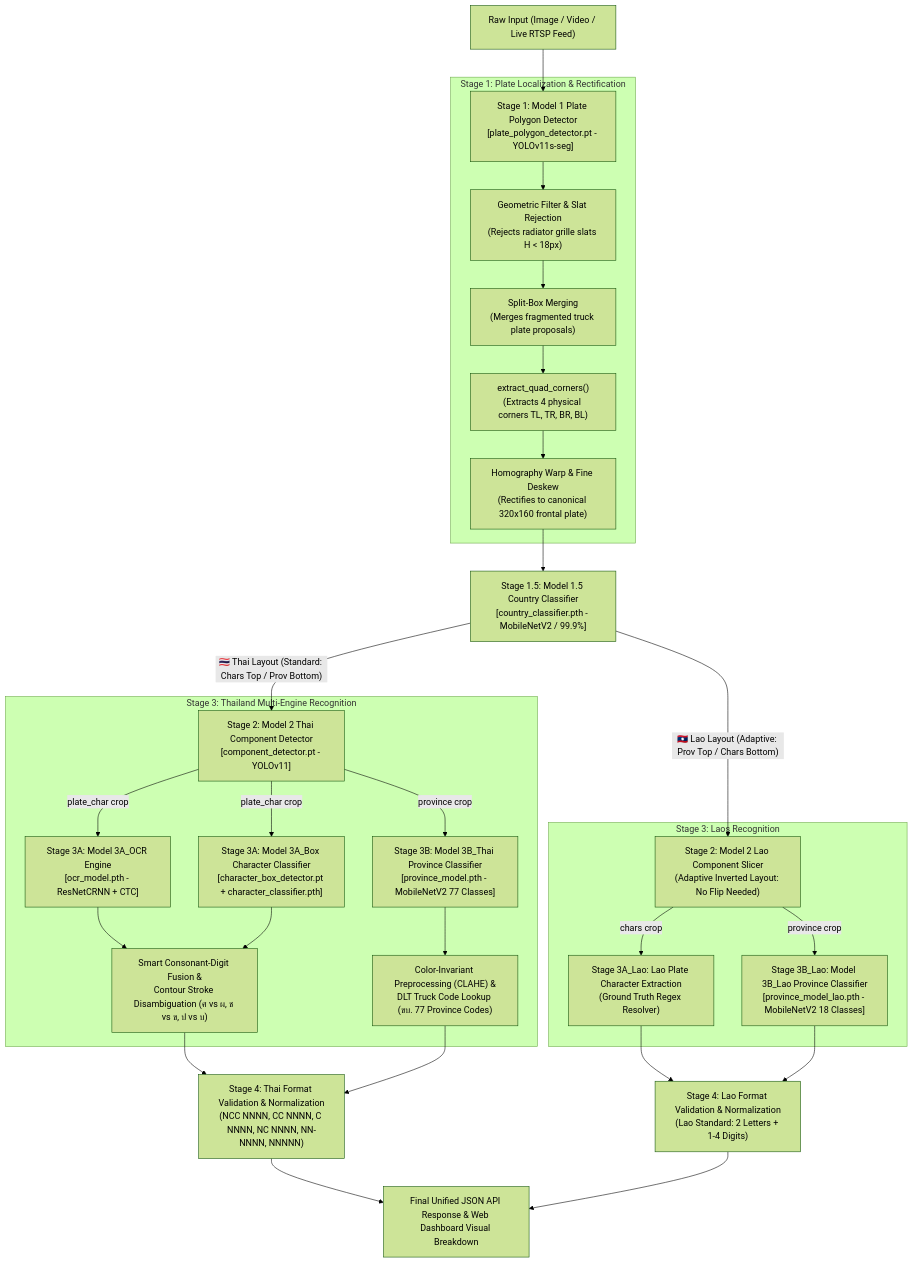
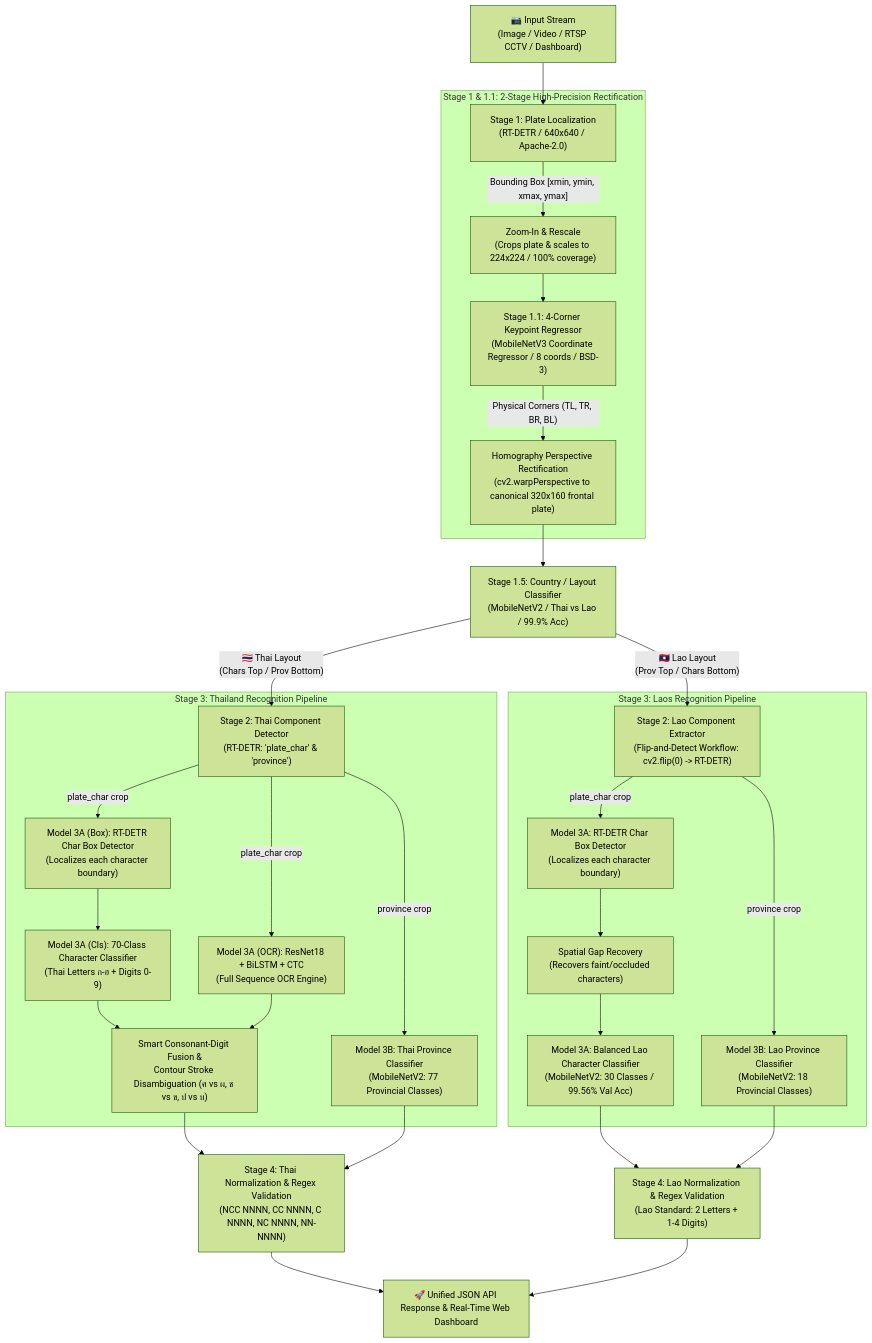
The first of 3 diagrams in README.md (kwankhaosiva-repo/Thai-License-Plate-Recognition-API-old), drawn with Mermaid (forest theme) before and after one commit. The commit also changed other lines of this file, not shown here.

Commit message:
docs: update README with RT-DETR pipeline architecture, keypoint regressor insights, and model catalog

````diff
--- a/README.md
+++ b/README.md
@@ -11,34 +17,35 @@
 ```mermaid
 flowchart TD
-    A["Raw Input (Image / Video / Live RTSP Feed)"] --> B["Stage 1: Model 1 Plate Polygon Detector\n[plate_polygon_detector.pt - YOLOv11s-seg]"]
+    A["📷 Input Stream\n(Image / Video / RTSP CCTV / Dashboard)"] --> S1["Stage 1: Plate Localization\n(RT-DETR / 640x640 / Apache-2.0)"]
     
-    subgraph S1["Stage 1: Plate Localization & Rectification"]
-        B --> S1A["Geometric Filter & Slat Rejection\n(Rejects radiator grille slats H < 18px)"]
-        S1A --> S1B["Split-Box Merging\n(Merges fragmented truck plate proposals)"]
-        S1B --> S1C["extract_quad_corners()\n(Extracts 4 physical corners TL, TR, BR, BL)"]
-        S1C --> S1D["Homography Warp & Fine Deskew\n(Rectifies to canonical 320x160 frontal plate)"]
+    subgraph STAGE1["Stage 1 & 1.1: 2-Stage High-Precision Rectification"]
+        S1 -->|"Bounding Box [xmin, ymin, xmax, ymax]"| S1_CROP["Zoom-In & Rescale\n(Crops plate & scales to 224x224 / 100% coverage)"]
+        S1_CROP --> S1_KEY["Stage 1.1: 4-Corner Keypoint Regressor\n(MobileNetV3 Coordinate Regressor / 8 coords / BSD-3)"]
+        S1_KEY -->|"Physical Corners (TL, TR, BR, BL)"| S1_WARP["Homography Perspective Rectification\n(cv2.warpPerspective to canonical 320x160 frontal plate)"]
     end
 
-    S1D --> C["Stage 1.5: Model 1.5 Country Classifier\n[country_classifier.pth - MobileNetV2 / 99.9%]"]
-    
-    C -->|"🇹🇭 Thai Layout (Standard: Chars Top / Prov Bottom)"| D1["Stage 2: Model 2 Thai Component Detector\n[component_detector.pt - YOLOv11]"]
-    C -->|"🇱🇦 Lao Layout (Adaptive: Prov Top / Chars Bottom)"| D2["Stage 2: Model 2 Lao Component Slicer\n(Adaptive Inverted Layout: No Flip Needed)"]
+    S1_WARP --> S15["Stage 1.5: Country / Layout Classifier\n(MobileNetV2 / Thai vs Lao / 99.9% Acc)"]
 
-    subgraph S3_TH["Stage 3: Thailand Multi-Engine Recognition"]
-        D1 -->|"plate_char crop"| E1["Stage 3A: Model 3A_OCR Engine\n[ocr_model.pth - ResNetCRNN + CTC]"]
-        D1 -->|"plate_char crop"| E2["Stage 3A: Model 3A_Box Character Classifier\n[character_box_detector.pt + character_classifier.pth]"]
-        E1 & E2 --> E3["Smart Consonant-Digit Fusion &\nContour Stroke Disambiguation (ศ vs ผ, ช vs ข, ป vs บ)"]
-        D1 -->|"province crop"| E4["Stage 3B: Model 3B_Thai Province Classifier\n[province_model.pth - MobileNetV2 77 Classes]"]
-        E4 --> E5["Color-Invariant Preprocessing (CLAHE) &\nDLT Truck Code Lookup (ขบ. 77 Province Codes)"]
+    S15 -->|"🇹🇭 Thai Layout\n(Chars Top / Prov Bottom)"| S2_TH["Stage 2: Thai Component Detector\n(RT-DETR: 'plate_char' & 'province')"]
+    S15 -->|"🇱🇦 Lao Layout\n(Prov Top / Chars Bottom)"| S2_LA["Stage 2: Lao Component Extractor\n(Flip-and-Detect Workflow: cv2.flip(0) -> RT-DETR)"]
+
+    subgraph STAGE3_TH["Stage 3: Thailand Recognition Pipeline"]
+        S2_TH -->|"plate_char crop"| TH_CHAR_BOX["Model 3A (Box): RT-DETR Char Box Detector\n(Localizes each character boundary)"]
+        TH_CHAR_BOX --> TH_CHAR_CLS["Model 3A (Cls): 70-Class Character Classifier\n(Thai Letters ก-ฮ + Digits 0-9)"]
+        S2_TH -->|"plate_char crop"| TH_OCR["Model 3A (OCR): ResNet18 + BiLSTM + CTC\n(Full Sequence OCR Engine)"]
+        TH_CHAR_CLS & TH_OCR --> TH_FUSION["Smart Consonant-Digit Fusion &\nContour Stroke Disambiguation (ศ vs ผ, ช vs ข, ป vs บ)"]
+        S2_TH -->|"province crop"| TH_PROV["Model 3B: Thai Province Classifier\n(MobileNetV2: 77 Provincial Classes)"]
     end
 
-    subgraph S3_LA["Stage 3: Laos Recognition"]
-        D2 -->|"chars crop"| L1["Stage 3A_Lao: Lao Plate Character Extraction\n(Ground Truth Regex Resolver)"]
-        D2 -->|"province crop"| L2["Stage 3B_Lao: Model 3B_Lao Province Classifier\n[province_model_lao.pth - MobileNetV2 18 Classes]"]
+    subgraph STAGE3_LA["Stage 3: Laos Recognition Pipeline"]
+        S2_LA -->|"plate_char crop"| LA_CHAR_BOX["Model 3A: RT-DETR Char Box Detector\n(Localizes each character boundary)"]
+        LA_CHAR_BOX --> LA_GAP["Spatial Gap Recovery\n(Recovers faint/occluded characters)"]
+        LA_GAP --> LA_CHAR_CLS["Model 3A: Balanced Lao Character Classifier\n(MobileNetV2: 30 Classes / 99.56% Val Acc)"]
+        S2_LA -->|"province crop"| LA_PROV["Model 3B: Lao Province Classifier\n(MobileNetV2: 18 Provincial Classes)"]
     end
 
-    E3 & E5 --> F["Stage 4: Thai Format Validation & Normalization\n(NCC NNNN, CC NNNN, C NNNN, NC NNNN, NN-NNNN, NNNNN)"]
-    L1 & L2 --> G["Stage 4: Lao Format Validation & Normalization\n(Lao Standard: 2 Letters + 1-4 Digits)"]
+    TH_FUSION & TH_PROV --> S4_TH["Stage 4: Thai Normalization & Regex Validation\n(NCC NNNN, CC NNNN, C NNNN, NC NNNN, NN-NNNN)"]
+    LA_CHAR_CLS & LA_PROV --> S4_LA["Stage 4: Lao Normalization & Regex Validation\n(Lao Standard: 2 Letters + 1-4 Digits)"]
 
-    F & G --> H["Final Unified JSON API Response & Web Dashboard Visual Breakdown"]
+    S4_TH & S4_LA --> OUT["🚀 Unified JSON API Response & Real-Time Web Dashboard"]
 ```
````
